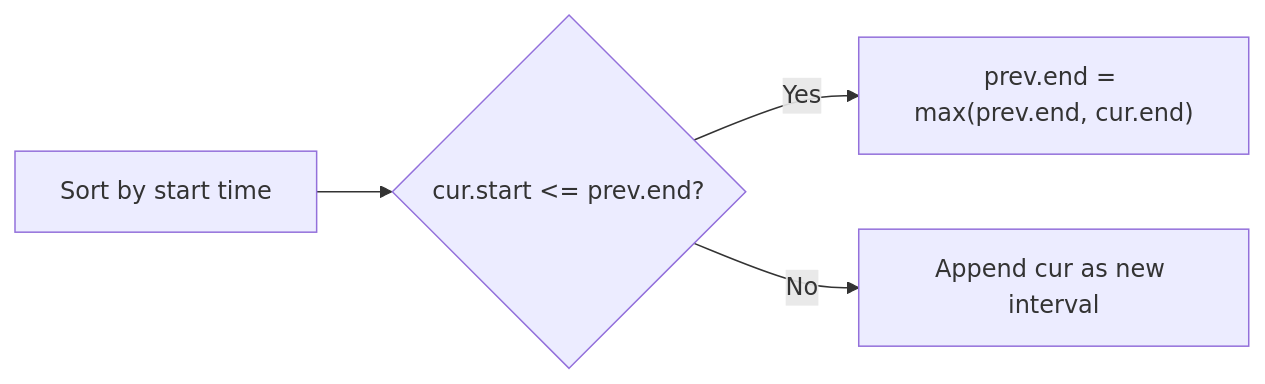
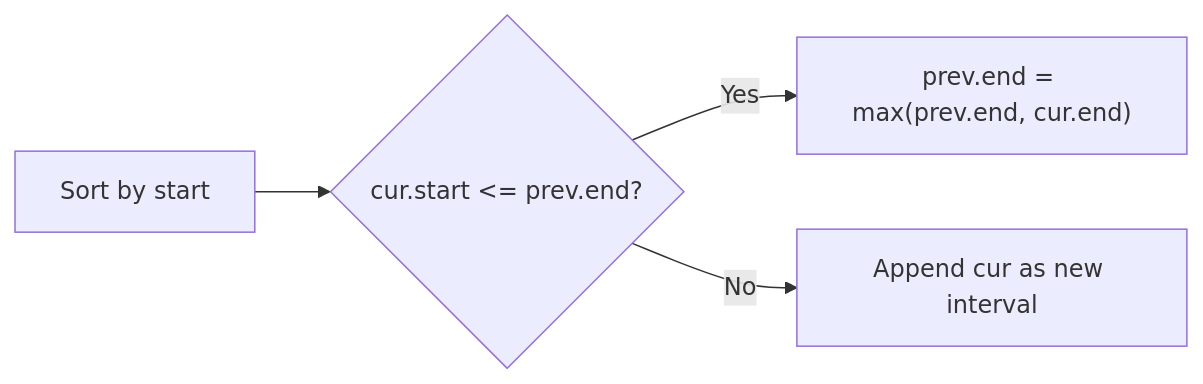
Before and after one commit to SanjayR857/All-in-One-Notes: the diagram in grokking-coding-interview/04-merge-intervals.md, drawn with Mermaid. The commit also changed other lines of this file and 22 other files, not shown here.

````diff
--- a/grokking-coding-interview/04-merge-intervals.md
+++ b/grokking-coding-interview/04-merge-intervals.md
@@ -20,6 +20,6 @@
 ```mermaid
 flowchart LR
-    S["Sort by start time"] --> Check{"cur.start <= prev.end?"}
+    S["Sort by start"] --> Check{"cur.start <= prev.end?"}
     Check -- Yes --> Merge["prev.end = max(prev.end, cur.end)"]
     Check -- No --> Append["Append cur as new interval"]
 ```
````
